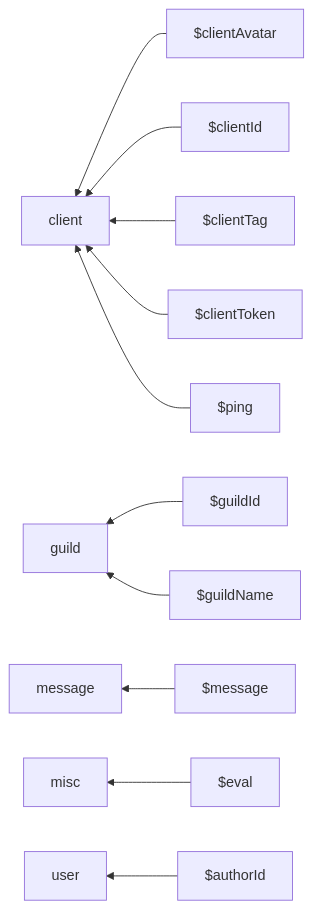
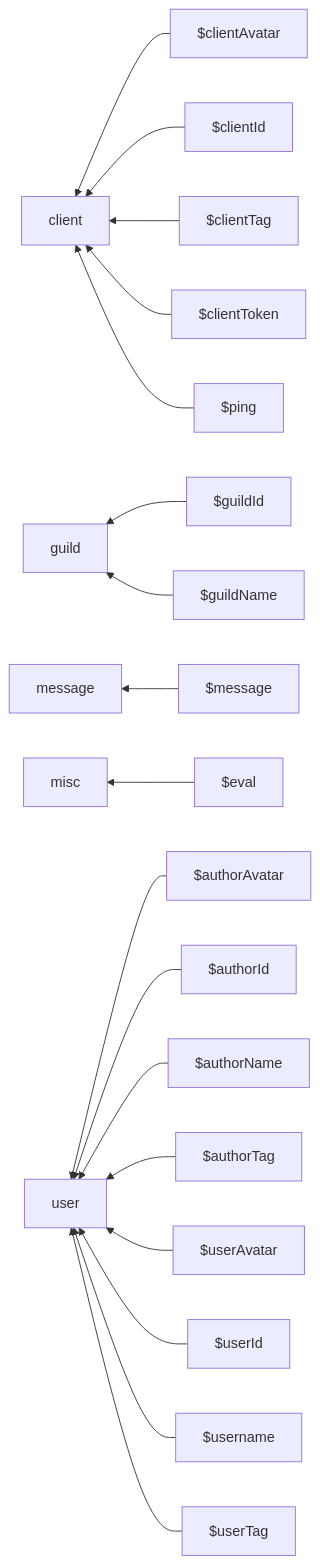
The diagram in src/functions/discord/README.md (aoijs/aoi.js), drawn with Mermaid before and after one commit. The commit also changed 4 other files, not shown here.

````diff
--- a/src/functions/discord/README.md
+++ b/src/functions/discord/README.md
@@ -5,14 +5,21 @@
 ```mermaid
 graph RL;
 $clientAvatar --> client;
 $clientId --> client;
 $clientTag --> client;
 $clientToken --> client;
 $ping --> client;
 $guildId --> guild;
 $guildName --> guild;
 $message --> message;
 $eval --> misc;
+$authorAvatar --> user;
 $authorId --> user;
+$authorName --> user;
+$authorTag --> user;
+$userAvatar --> user;
+$userId --> user;
+$username --> user;
+$userTag --> user;
 
 ```
````
